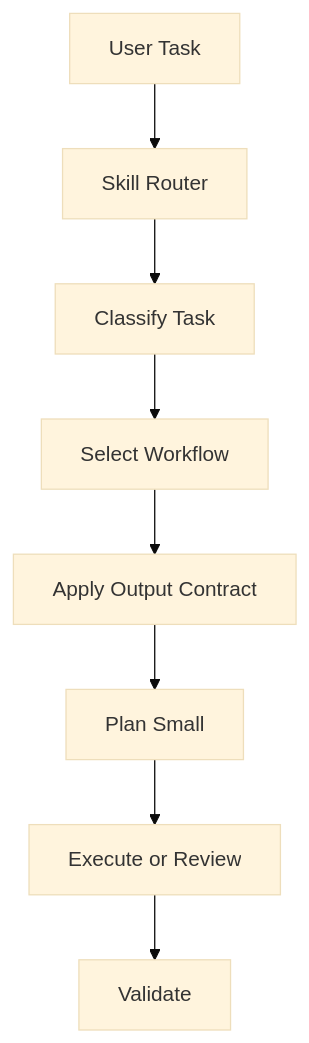
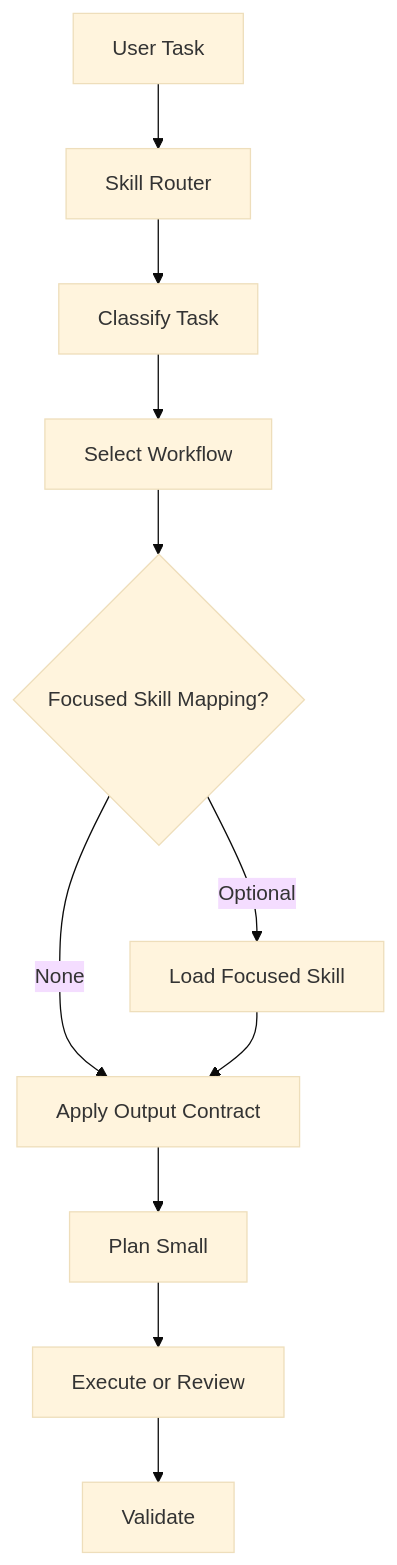
The diagram in README.md (riyas90cse/universal-ai-execution-skill), drawn with Mermaid (base theme) before and after one commit. The commit also changed other lines of this file and 16 other files, not shown here.

Commit message:
Add focused skill architecture

````diff
--- a/README.md
+++ b/README.md
@@ -16,10 +16,13 @@
 ```mermaid
 flowchart TD
     A[User Task] --> B[Skill Router]
     B --> C[Classify Task]
     C --> D[Select Workflow]
-    D --> E[Apply Output Contract]
-    E --> F[Plan Small]
-    F --> G[Execute or Review]
-    G --> H[Validate]
+    D --> E{Focused Skill Mapping?}
+    E -->|Optional| F[Load Focused Skill]
+    E -->|None| G[Apply Output Contract]
+    F --> G
+    G --> H[Plan Small]
+    H --> I[Execute or Review]
+    I --> J[Validate]
 ```
````
